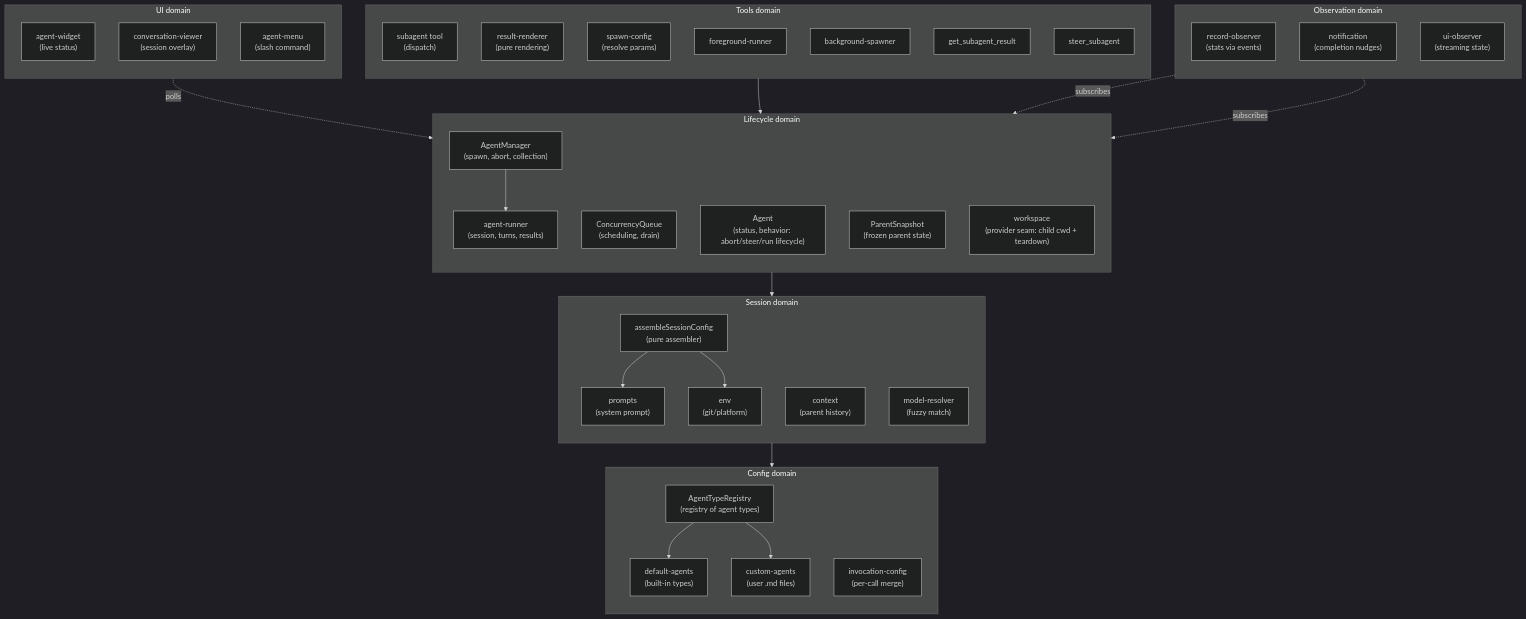
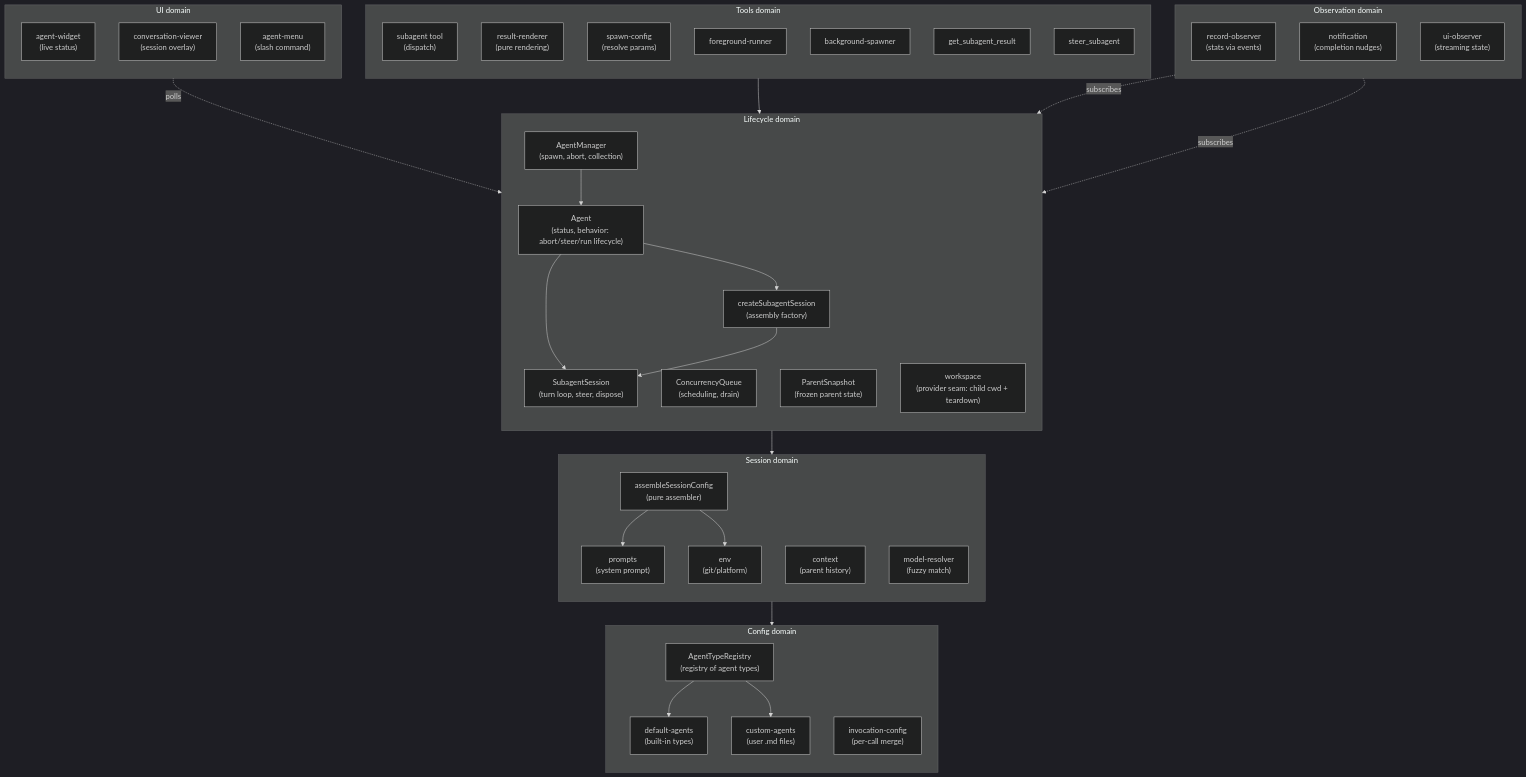
The first of 6 diagrams in docs/architecture/architecture.md (ttdua/pi-subagents), drawn with Mermaid (dark theme) before and after one commit. The commit also changed other lines of this file and 1 other file, not shown here.

Commit message:
docs: record runner dissolution and SubagentSession (#265)

````diff
--- a/docs/architecture/architecture.md
+++ b/docs/architecture/architecture.md
@@ -33,64 +33,67 @@
 ```mermaid
 flowchart TB
     subgraph config["Config domain"]
         direction TB
         AgentTypeRegistry["AgentTypeRegistry<br/>(registry of agent types)"]
         DefaultAgents["default-agents<br/>(built-in types)"]
         CustomAgents["custom-agents<br/>(user .md files)"]
         InvocationConfig["invocation-config<br/>(per-call merge)"]
     end
 
     subgraph session["Session domain"]
         direction TB
         SessionConfig["assembleSessionConfig<br/>(pure assembler)"]
         Prompts["prompts<br/>(system prompt)"]
         Context["context<br/>(parent history)"]
         Env["env<br/>(git/platform)"]
         ModelResolver["model-resolver<br/>(fuzzy match)"]
     end
 
     subgraph lifecycle["Lifecycle domain"]
         direction TB
         AgentManager["AgentManager<br/>(spawn, abort, collection)"]
         ConcurrencyQueue["ConcurrencyQueue<br/>(scheduling, drain)"]
-        AgentRunner["agent-runner<br/>(session, turns, results)"]
+        CreateSubagentSession["createSubagentSession<br/>(assembly factory)"]
+        SubagentSession["SubagentSession<br/>(turn loop, steer, dispose)"]
         Agent["Agent<br/>(status, behavior: abort/steer/run lifecycle)"]
         ParentSnapshot["ParentSnapshot<br/>(frozen parent state)"]
         Workspace["workspace<br/>(provider seam: child cwd + teardown)"]
     end
 
     subgraph observation["Observation domain"]
         direction TB
         RecordObserver["record-observer<br/>(stats via events)"]
         Notification["notification<br/>(completion nudges)"]
         UIObserver["ui-observer<br/>(streaming state)"]
     end
 
     subgraph tools["Tools domain"]
         direction TB
         AgentTool["subagent tool<br/>(dispatch)"]
         ResultRenderer["result-renderer<br/>(pure rendering)"]
         SpawnConfig["spawn-config<br/>(resolve params)"]
         FgRunner["foreground-runner"]
         BgSpawner["background-spawner"]
         GetResult["get_subagent_result"]
         Steer["steer_subagent"]
     end
 
     subgraph ui["UI domain"]
         direction TB
         Widget["agent-widget<br/>(live status)"]
         ConvViewer["conversation-viewer<br/>(session overlay)"]
         Menu["agent-menu<br/>(slash command)"]
     end
 
     AgentTool --> AgentManager
-    AgentManager --> AgentRunner
-    AgentRunner --> SessionConfig
+    AgentManager --> Agent
+    Agent --> CreateSubagentSession & SubagentSession
+    CreateSubagentSession --> SubagentSession
+    CreateSubagentSession --> SessionConfig
     SessionConfig --> AgentTypeRegistry
     SessionConfig --> Prompts & Env
     AgentTypeRegistry --> DefaultAgents & CustomAgents
-    RecordObserver -.->|subscribes| AgentRunner
-    UIObserver -.->|subscribes| AgentRunner
+    RecordObserver -.->|subscribes| SubagentSession
+    UIObserver -.->|subscribes| SubagentSession
     Widget -.->|polls| AgentManager
 ```
````
